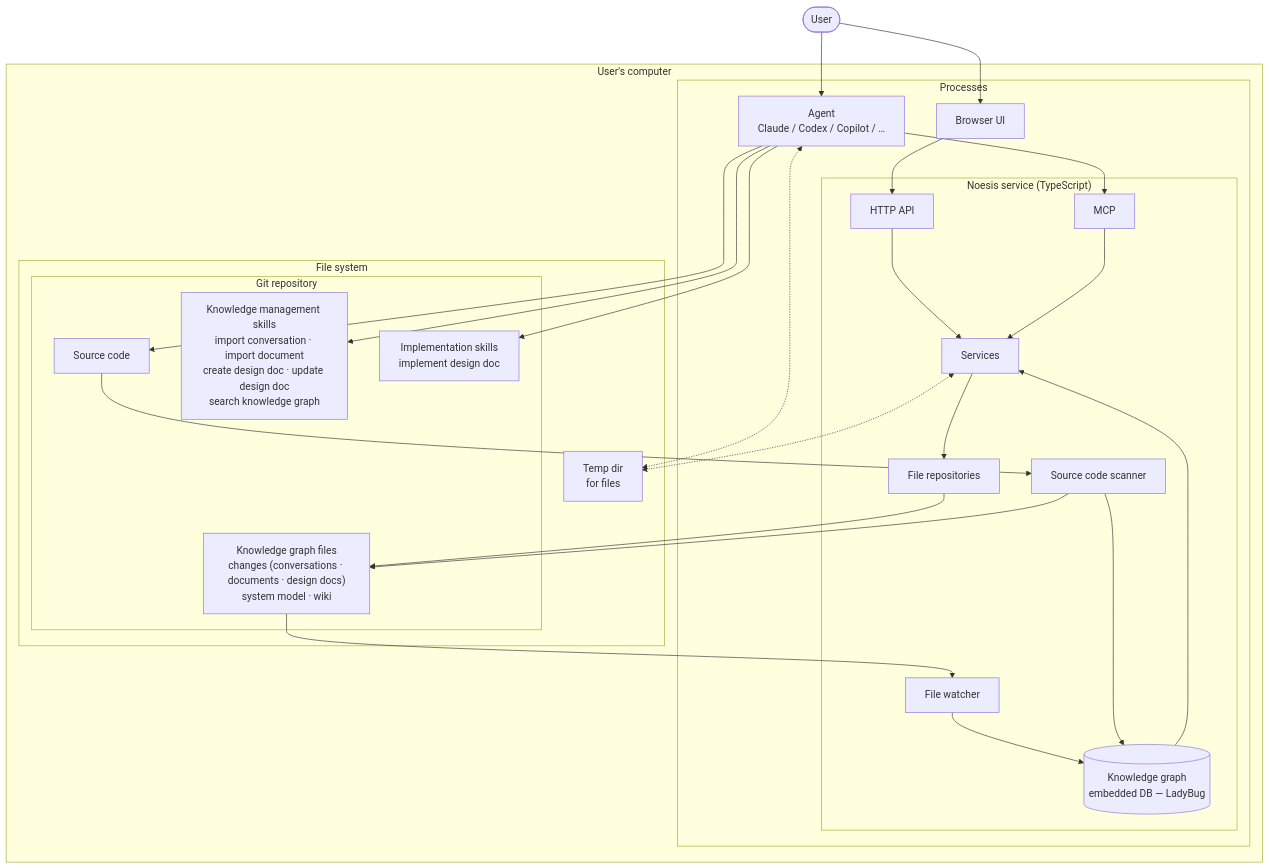
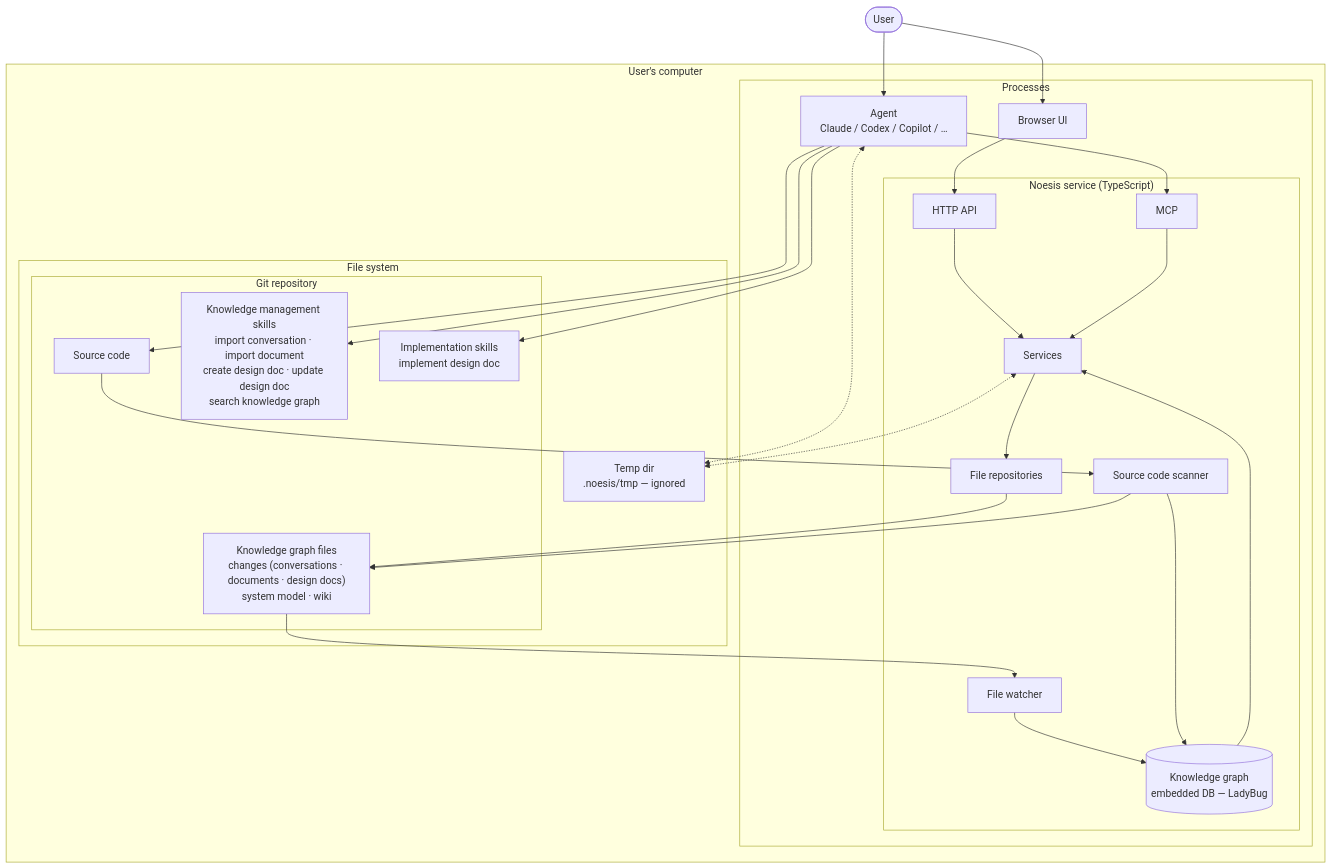
One commit to NoesisVision/noesis changed the diagram in docs/arch/ARCHITECTURE.md. Above: the diagram before and after it, drawn with Mermaid. The commit also changed other lines of this file and 3 other files, not shown here.

First line of the commit message:
chore(docs): adopt the target architecture as decision 68

````diff
--- a/docs/arch/ARCHITECTURE.md
+++ b/docs/arch/ARCHITECTURE.md
@@ -11,50 +13,50 @@
 ```mermaid
 flowchart TB
     user([User])
 
     subgraph computer["User's computer"]
         subgraph processes["Processes"]
             ui["Browser UI"]
             agent["Agent<br/>Claude / Codex / Copilot / …"]
 
             subgraph noesis["Noesis service (TypeScript)"]
                 api["HTTP API"]
                 mcp["MCP"]
                 services["Services"]
                 kgdb[("Knowledge graph<br/>embedded DB — LadyBug")]
                 repos["File repositories"]
                 watcher["File watcher"]
                 scanner["Source code scanner"]
             end
         end
 
         subgraph filesystem["File system"]
-            tmp["Temp dir<br/>for files"]
+            tmp["Temp dir<br/>.noesis/tmp — ignored"]
 
             subgraph repo["Git repository"]
                 src["Source code"]
                 kg["Knowledge graph files<br/>changes (conversations · documents · design docs)<br/>system model · wiki"]
                 kskills["Knowledge management skills<br/>import conversation · import document<br/>create design doc · update design doc<br/>search knowledge graph"]
                 iskills["Implementation skills<br/>implement design doc"]
             end
         end
     end
 
     user --> ui
     user --> agent
 
     ui --> api --> services
     agent --> mcp --> services
     agent <-.-> tmp
     services <-.-> tmp
 
     agent --> kskills
     agent --> iskills
     agent --> src
 
     services --> repos --> kg
     kg --> watcher --> kgdb
     kgdb --> services
     src --> scanner --> kgdb
     scanner --> kg
 ```
````
